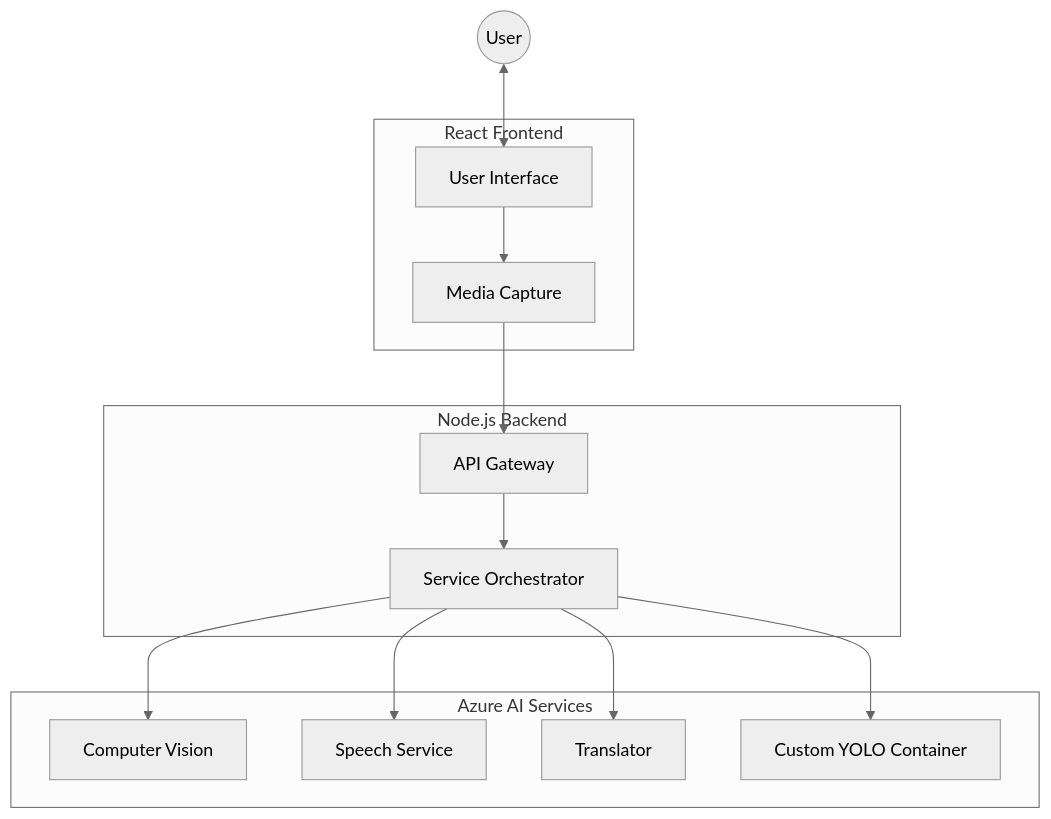
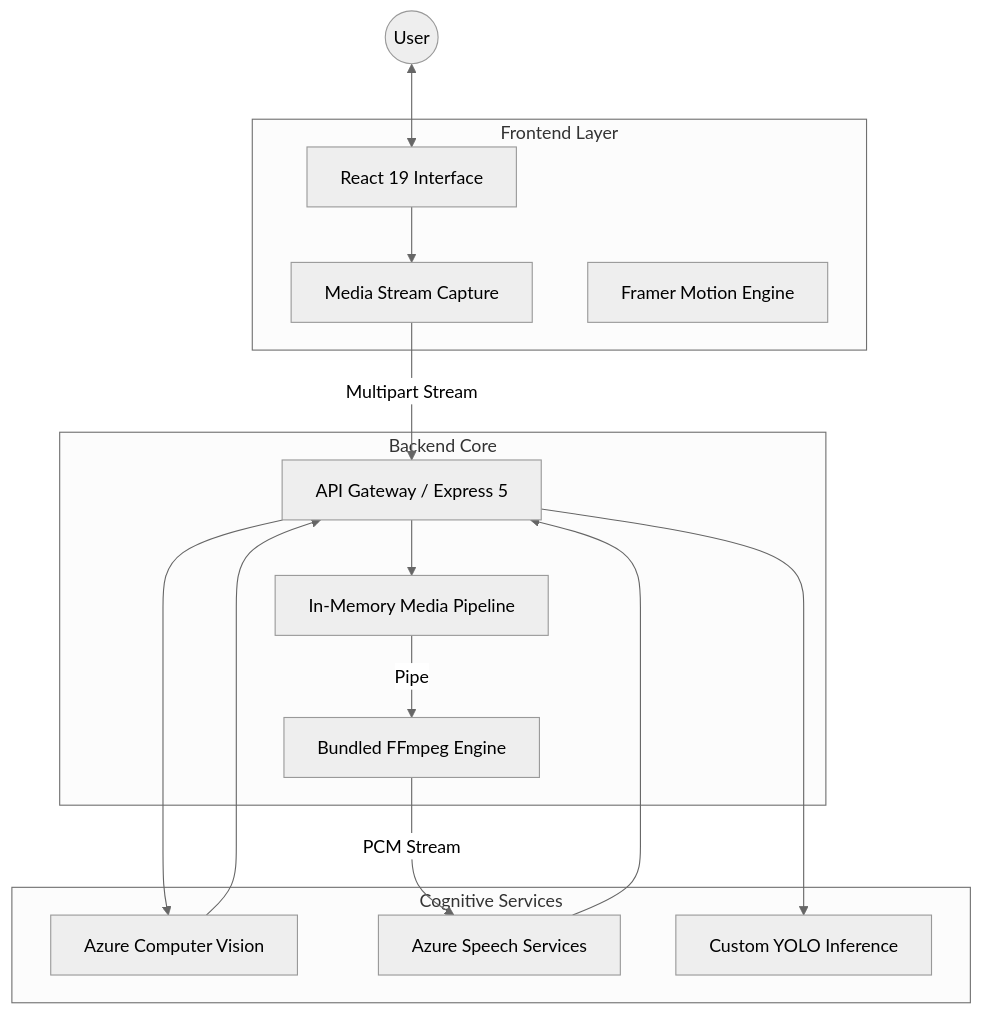
The diagram in README.md (devansharya-dev/spectra), drawn with Mermaid (neutral theme) before and after one commit. The commit also changed other lines of this file, not shown here.

Commit message:
docs: Publish system architecture and technical specifications

````diff
--- a/README.md
+++ b/README.md
@@ -7,29 +9,32 @@
 ```mermaid
 graph TD
     User((User))
-    subgraph Frontend [React Frontend]
-        UI[User Interface]
-        Media[Media Capture]
+    subgraph Client [Frontend Layer]
+        UI[React 19 Interface]
+        Capture[Media Stream Capture]
+        Visuals[Framer Motion Engine]
     end
     
-    subgraph Backend [Node.js Backend]
-        API[API Gateway]
-        Orchestrator[Service Orchestrator]
+    subgraph Server [Backend Core]
+        Gateway[API Gateway / Express 5]
+        Pipeline[In-Memory Media Pipeline]
+        FFmpeg[Bundled FFmpeg Engine]
     end
     
-    subgraph Services [Azure AI Services]
-        Vision[Computer Vision]
-        Speech[Speech Service]
-        Trans[Translator]
-        YOLO[Custom YOLO Container]
+    subgraph Cloud [Cognitive Services]
+        Vision[Azure Computer Vision]
+        Speech[Azure Speech Services]
+        YOLO[Custom YOLO Inference]
     end
 
     User <--> UI
-    UI --> Media
-    Media --> API
-    API --> Orchestrator
-    Orchestrator --> Vision
-    Orchestrator --> Speech
-    Orchestrator --> Trans
-    Orchestrator --> YOLO
+    UI --> Capture
+    Capture -- Multipart Stream --> Gateway
+    Gateway --> Pipeline
+    Pipeline -- Pipe --> FFmpeg
+    FFmpeg -- PCM Stream --> Speech
+    Gateway --> Vision
+    Gateway --> YOLO
+    Speech --> Gateway
+    Vision --> Gateway
 ```
````
